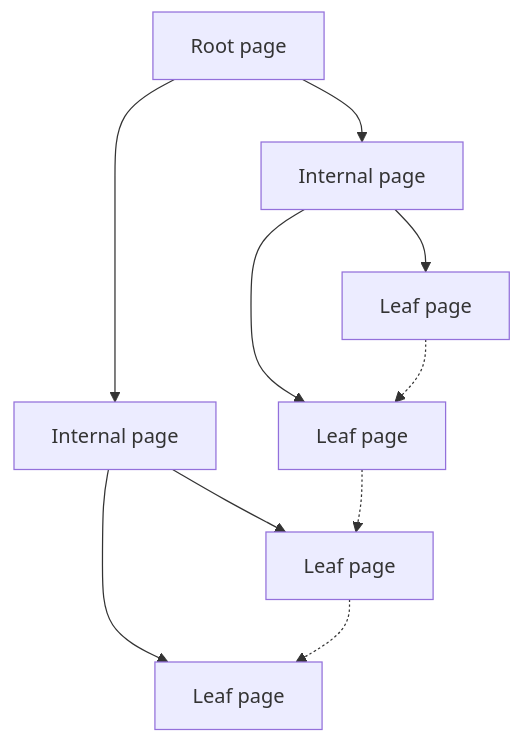
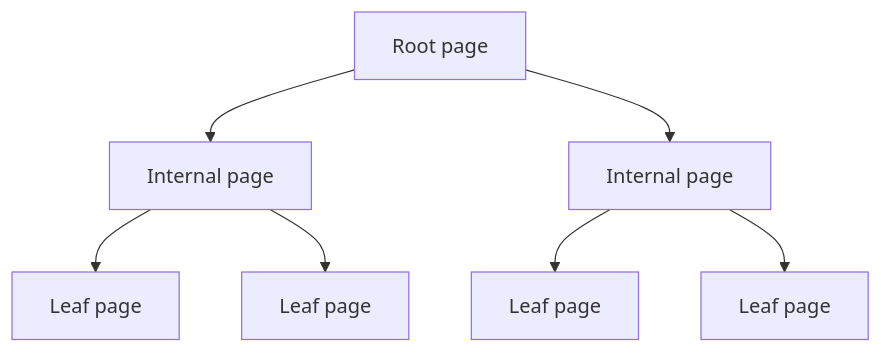
The second of 23 diagrams in labs/lab06-indexes.md (tjovic/database-design-labs-public), drawn with Mermaid before and after one commit. The commit also changed other lines of this file, not shown here.

````diff
--- a/labs/lab06-indexes.md
+++ b/labs/lab06-indexes.md
@@ -62,12 +62,9 @@
 ```mermaid
 flowchart TD
     R[Root page] --> I1[Internal page]
     R --> I2[Internal page]
     I1 --> L1[Leaf page]
     I1 --> L2[Leaf page]
     I2 --> L3[Leaf page]
     I2 --> L4[Leaf page]
-    L1 -.-> L2
-    L2 -.-> L3
-    L3 -.-> L4
 ```
````
